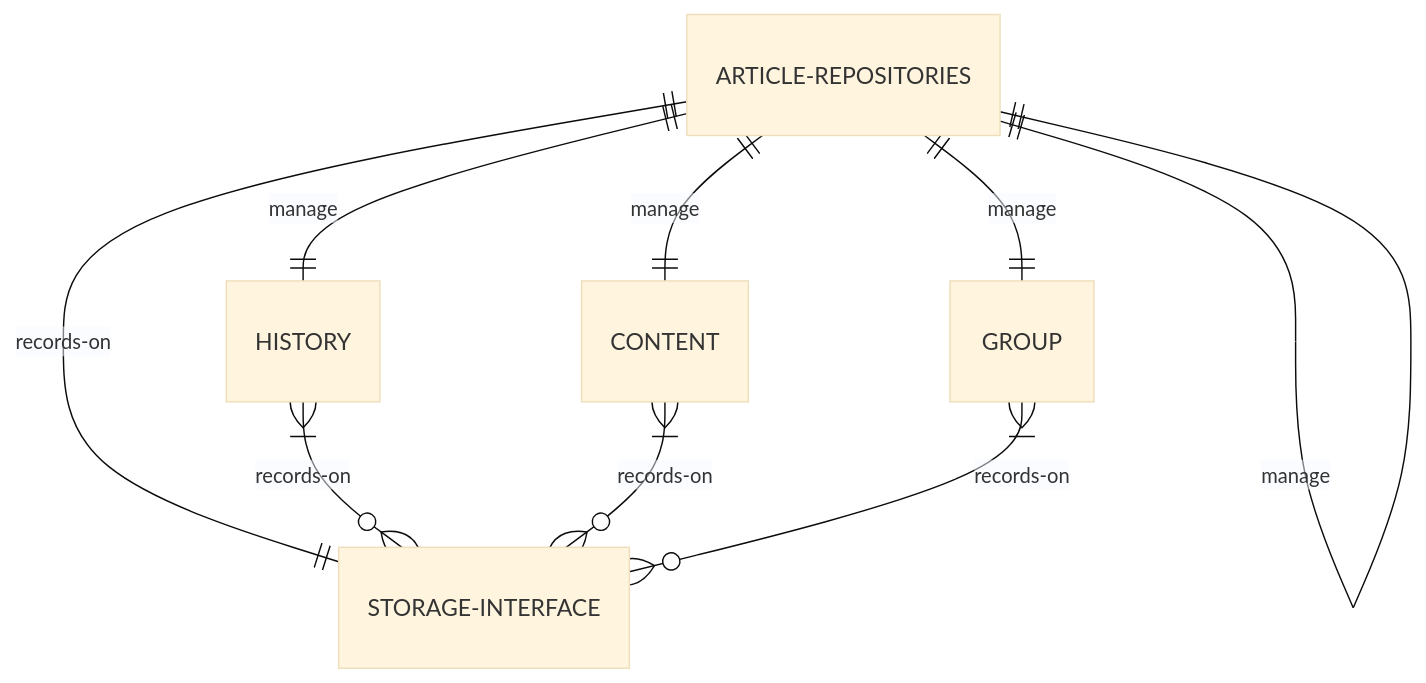
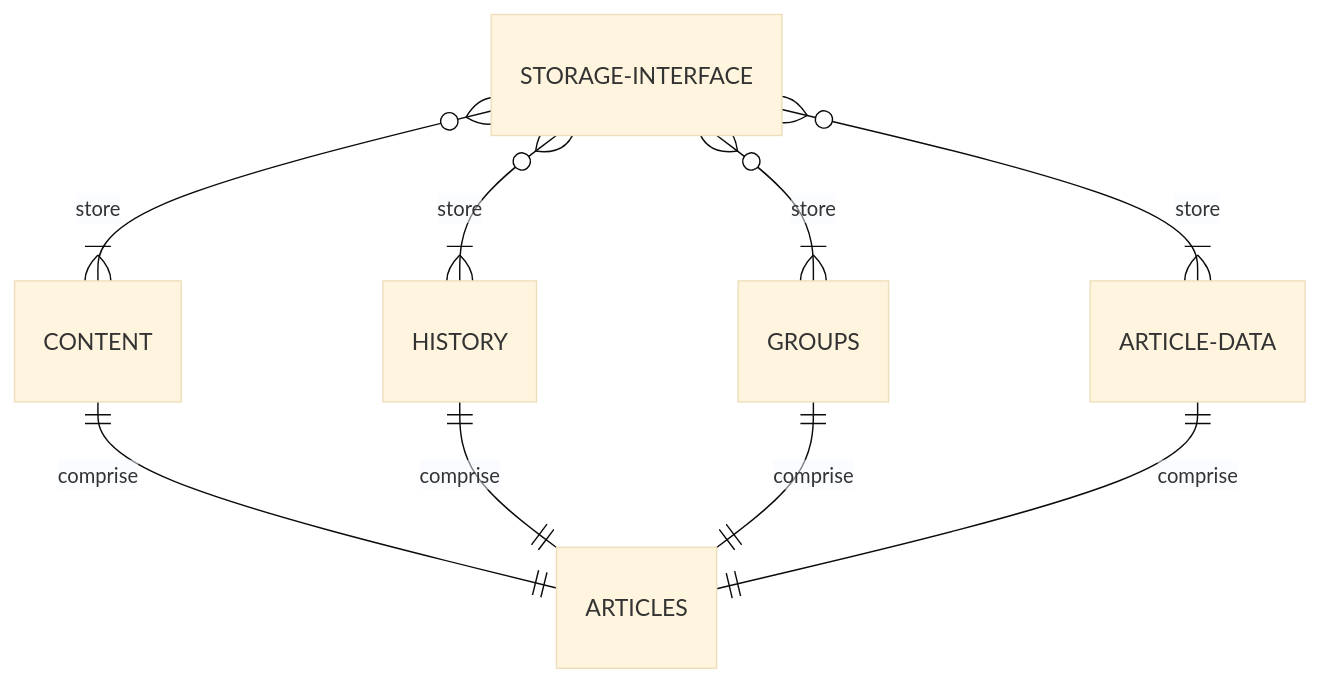
The third of 4 diagrams in sigili/README.md (roughdrafts-xyz/Linki), drawn with Mermaid (base theme) before and after one commit. The commit also changed other lines of this file, not shown here.

Commit message:
Reorganized some of the maps

````diff
--- a/sigili/README.md
+++ b/sigili/README.md
@@ -33,11 +34,11 @@
 ```mermaid
 erDiagram
-    ARTICLE-REPOSITORIES||--||CONTENT: manage
-    ARTICLE-REPOSITORIES||--||ARTICLE-REPOSITORIES: manage
-    ARTICLE-REPOSITORIES||--||HISTORY: manage
-    ARTICLE-REPOSITORIES||--||GROUP: manage
-    ARTICLE-REPOSITORIES||--||STORAGE-INTERFACE: records-on
-    HISTORY}|--o{STORAGE-INTERFACE:records-on
-    CONTENT}|--o{STORAGE-INTERFACE:records-on
-    GROUP}|--o{STORAGE-INTERFACE:records-on
+    CONTENT||--||ARTICLES: comprise
+    HISTORY||--||ARTICLES: comprise
+    GROUPS||--||ARTICLES: comprise
+    ARTICLE-DATA||--||ARTICLES: comprise
+    STORAGE-INTERFACE}o--|{ARTICLE-DATA: store
+    STORAGE-INTERFACE}o--|{HISTORY: store
+    STORAGE-INTERFACE}o--|{GROUPS: store
+    STORAGE-INTERFACE}o--|{CONTENT: store
 ```
````
